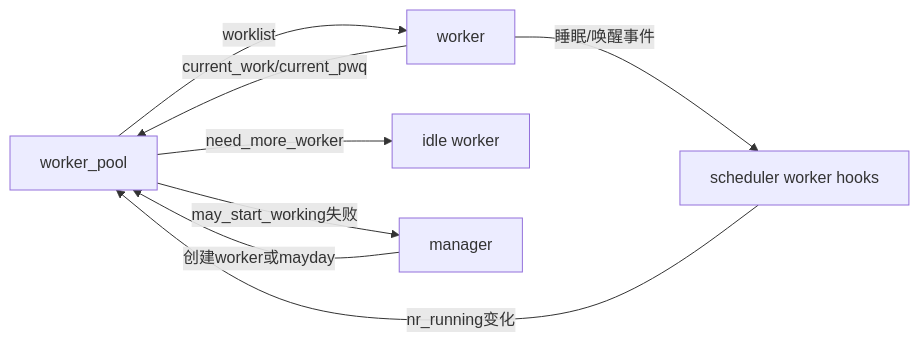
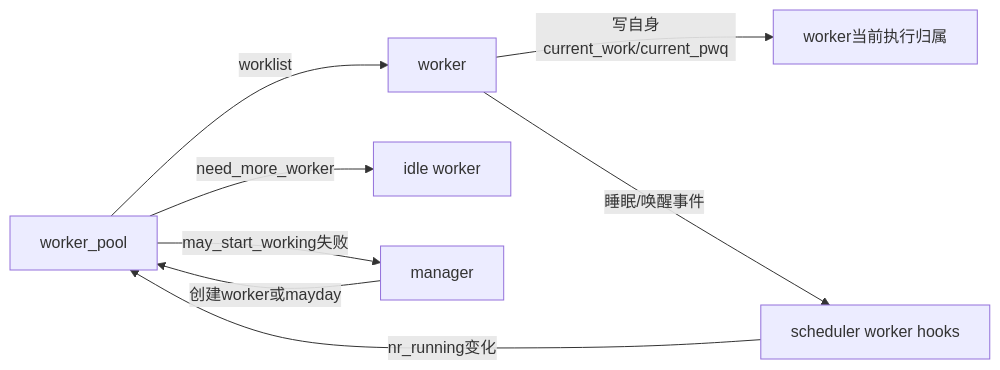
One commit to FormingSystem/linux_note changed the first of 2 diagrams in research/source_reading/workqueue/navigation/P03_Linux_6.12_worker管理模块源码概念导读.md. Above: the diagram before and after it, drawn with Mermaid. The commit also changed other lines of this file and 3 other files, not shown here.

````diff
--- a/research/source_reading/workqueue/navigation/P03_Linux_6.12_worker管理模块源码概念导读.md
+++ b/research/source_reading/workqueue/navigation/P03_Linux_6.12_worker管理模块源码概念导读.md
@@ -20,10 +22,10 @@
 ```mermaid
 flowchart LR
     P["worker_pool"] -->|"worklist"| W["worker"]
-    W -->|"current_work/current_pwq"| P
+    W -->|"写自身current_work/current_pwq"| C["worker当前执行归属"]
     W -->|"睡眠/唤醒事件"| S["scheduler worker hooks"]
     S -->|"nr_running变化"| P
     P -->|"need_more_worker"| I["idle worker"]
     P -->|"may_start_working失败"| M["manager"]
     M -->|"创建worker或mayday"| P
 ```
````
